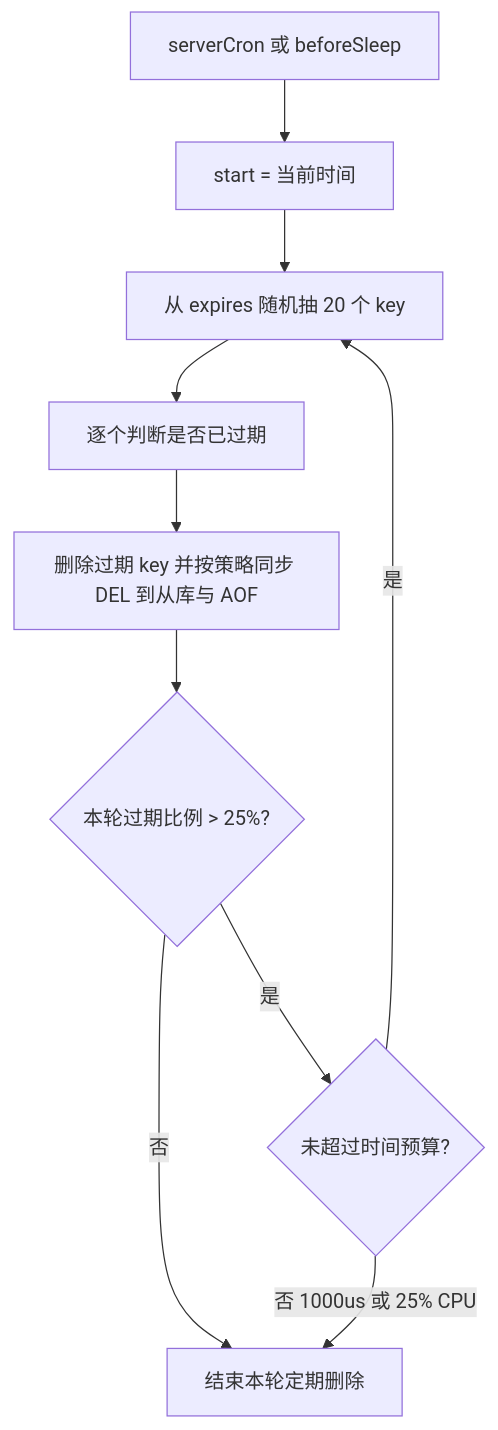
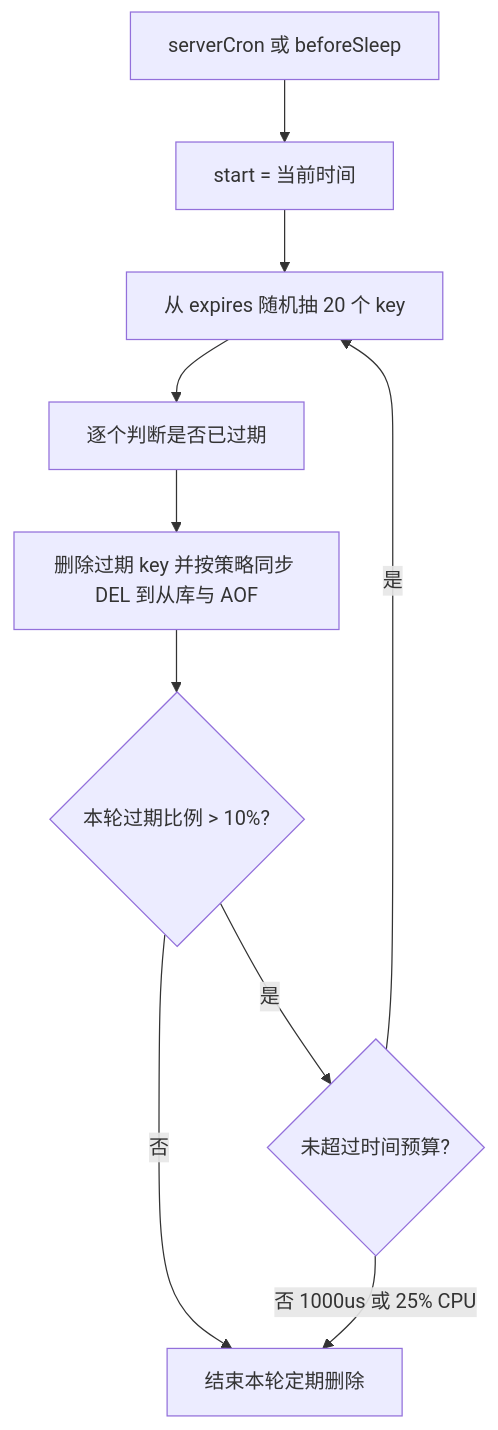
Before and after one commit to jacketan/java-interview: the eighth of 13 diagrams in 05-database/04-Redis数据结构与持久化.md, drawn with Mermaid. The commit also changed other lines of this file and 38 other files, not shown here.

````diff
--- a/05-database/04-Redis数据结构与持久化.md
+++ b/05-database/04-Redis数据结构与持久化.md
@@ -597,12 +599,12 @@
 ```mermaid
 flowchart TD
   CRON["serverCron 或 beforeSleep"] --> LOOP["start = 当前时间"]
   LOOP --> SAMPLE["从 expires 随机抽 20 个 key"]
   SAMPLE --> JUDGE["逐个判断是否已过期"]
   JUDGE --> DEL["删除过期 key 并按策略同步 DEL 到从库与 AOF"]
-  DEL --> RATIO{"本轮过期比例 > 25%?"}
+  DEL --> RATIO{"本轮过期比例 > 10%?"}
   RATIO -->|"是"| BUDGET{"未超过时间预算?"}
   RATIO -->|"否"| END["结束本轮定期删除"]
   BUDGET -->|"是"| SAMPLE
   BUDGET -->|"否 1000us 或 25% CPU"| END
 ```
````
